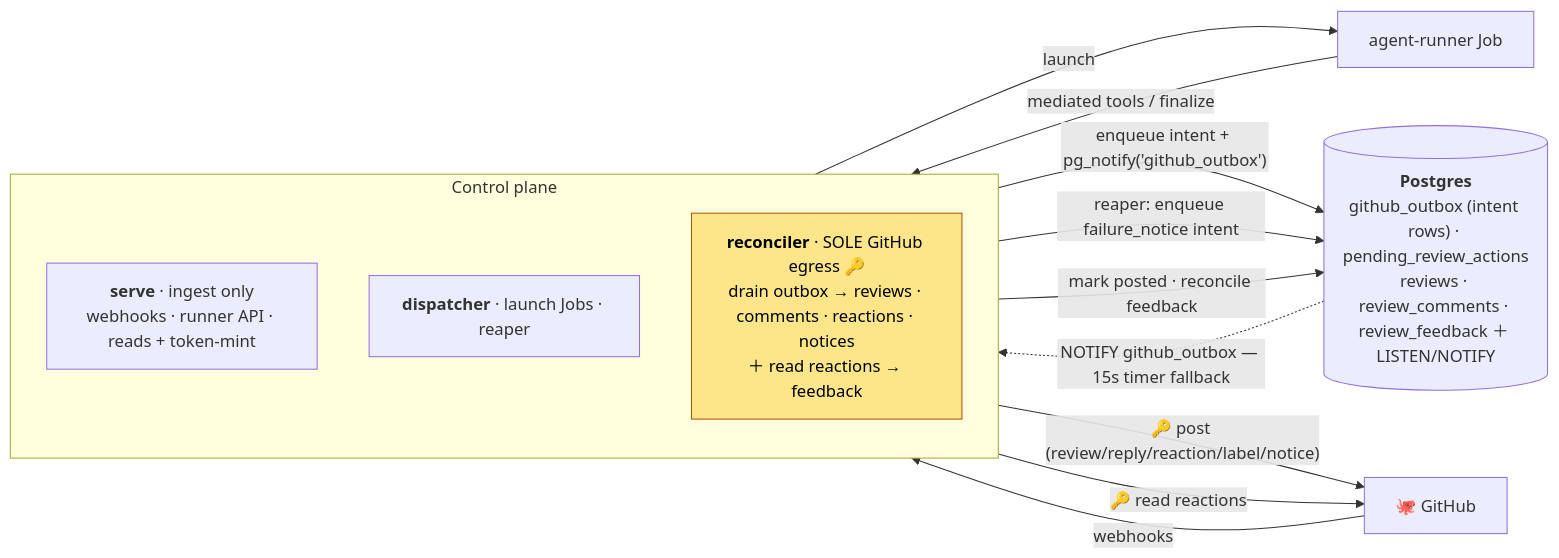
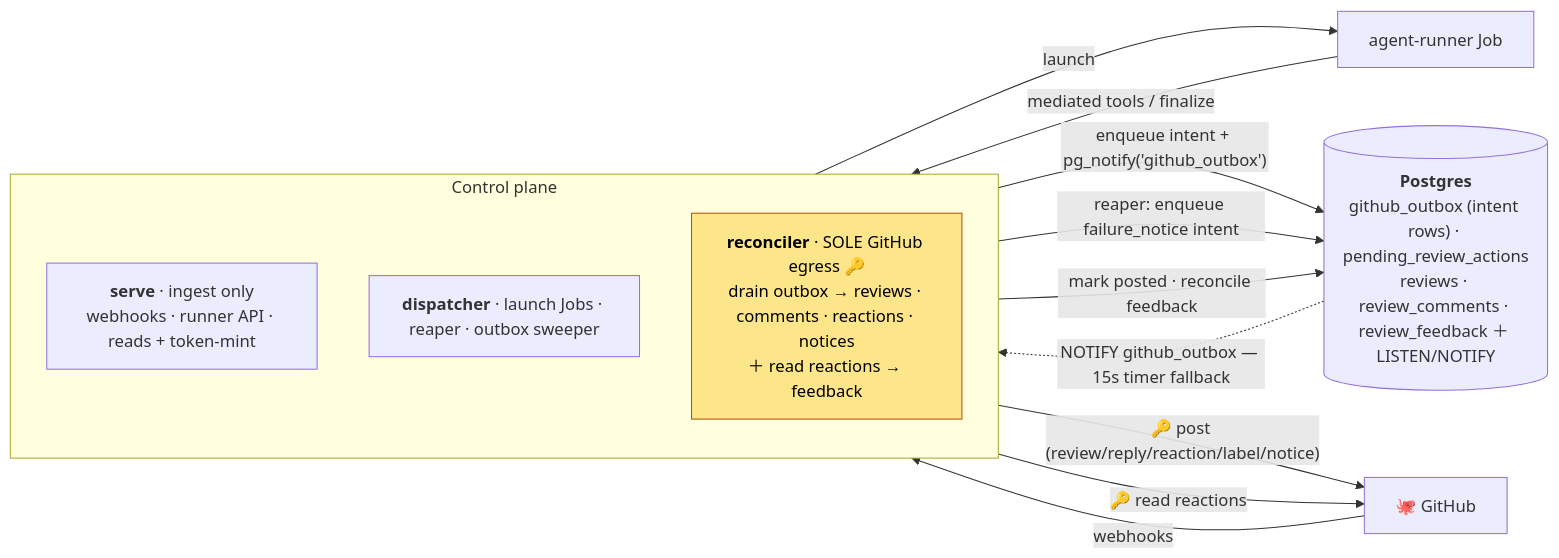
One commit to vymalo/lightbridge-code-intelligence changed the diagram in docs/control-plane-roles-and-github-egress.md. Above: the diagram before and after it, drawn with Mermaid. The commit also changed other lines of this file and 14 other files, not shown here.

First line of the commit message:
docs: refresh core docs to the current architecture (native agent, two-tier, SAST, reconciler) (#238)

````diff
--- a/docs/control-plane-roles-and-github-egress.md
+++ b/docs/control-plane-roles-and-github-egress.md
@@ -42,25 +52,25 @@
 ```mermaid
 flowchart LR
   GH["🐙 GitHub"]
   subgraph CP["Control plane"]
     direction TB
     SERVE["<b>serve</b> · ingest only<br/>webhooks · runner API · reads + token-mint"]
-    DISP["<b>dispatcher</b> · launch Jobs · reaper"]
+    DISP["<b>dispatcher</b> · launch Jobs · reaper · outbox sweeper"]
     REC["<b>reconciler</b> · SOLE GitHub egress 🔑<br/>drain outbox → reviews · comments · reactions · notices<br/>＋ read reactions → feedback"]
   end
   PG[("<b>Postgres</b><br/>github_outbox (intent rows) · pending_review_actions<br/>reviews · review_comments · review_feedback ＋ LISTEN/NOTIFY")]
   JOB["agent-runner Job"]
 
   GH -- "webhooks" --> SERVE
   DISP -- "launch" --> JOB
   JOB -- "mediated tools / finalize" --> SERVE
   SERVE -- "enqueue intent + pg_notify('github_outbox')" --> PG
   DISP -- "reaper: enqueue failure_notice intent" --> PG
   PG -. "NOTIFY github_outbox — 15s timer fallback" .-> REC
   REC -- "🔑 post (review/reply/reaction/label/notice)" --> GH
   REC -- "🔑 read reactions" --> GH
   REC -- "mark posted · reconcile feedback" --> PG
 
   classDef key fill:#fde68a,stroke:#b45309,color:#000;
   class REC key;
 ```
````
